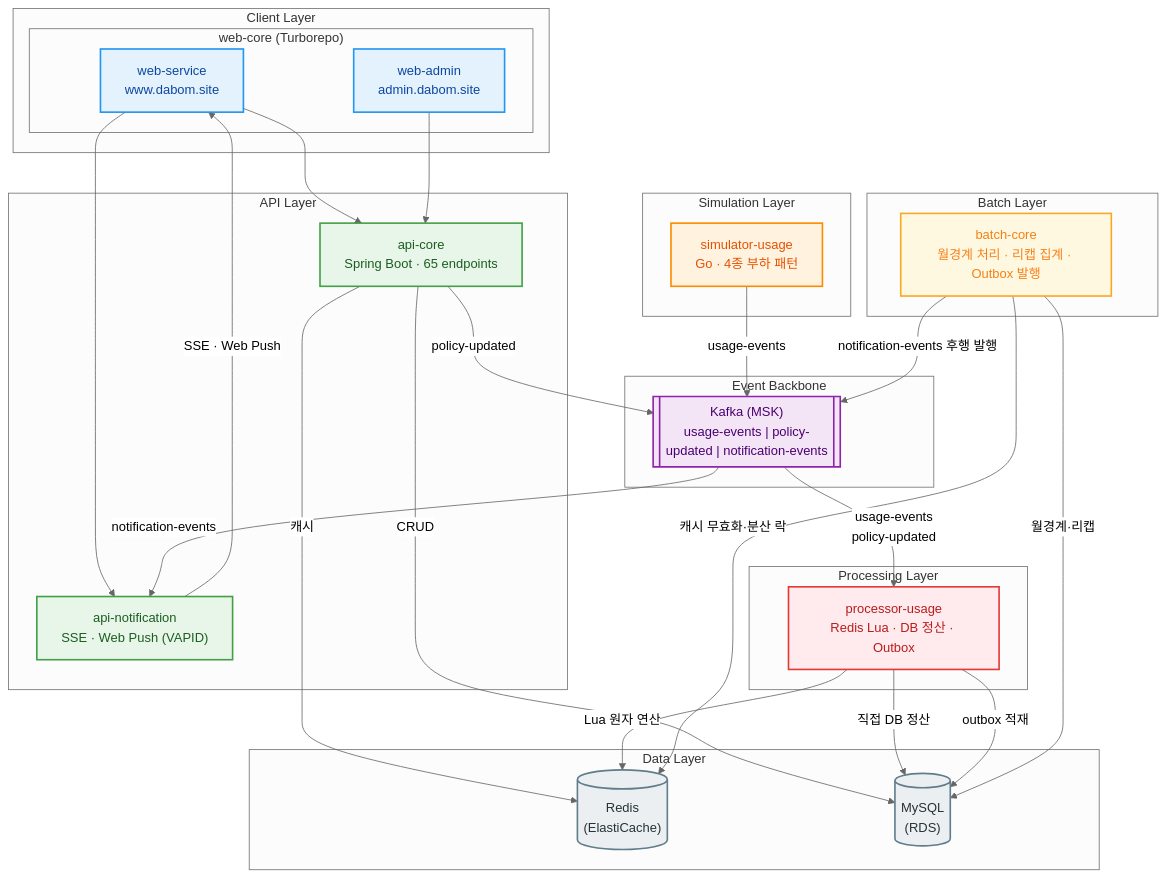
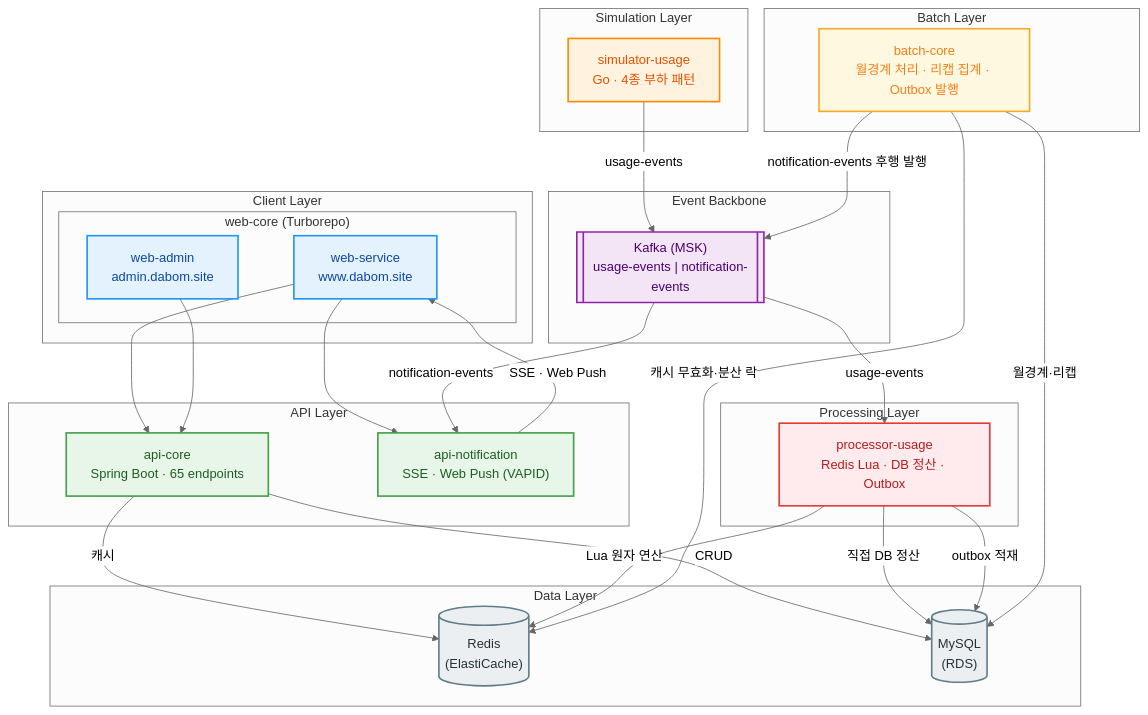
The first of 3 diagrams in profile/README.md (da-bom/.github), drawn with Mermaid (neutral theme) before and after one commit.

Commit message:
hotfix: policy-updated 제거

````diff
--- a/profile/README.md
+++ b/profile/README.md
@@ -82,71 +82,70 @@
 ```mermaid
 flowchart TB
     classDef client fill:#E3F2FD,stroke:#2196F3,stroke-width:2px,color:#0D47A1
     classDef sim fill:#FFF3E0,stroke:#FB8C00,stroke-width:2px,color:#E65100
     classDef api fill:#E8F5E9,stroke:#43A047,stroke-width:2px,color:#1B5E20
     classDef event fill:#F3E5F5,stroke:#8E24AA,stroke-width:2px,color:#4A0072
     classDef proc fill:#FFEBEE,stroke:#E53935,stroke-width:2px,color:#B71C1C
     classDef data fill:#ECEFF1,stroke:#607D8B,stroke-width:2px,color:#263238
     classDef batch fill:#FFF8E1,stroke:#F9A825,stroke-width:2px,color:#F57F17
 
     subgraph CLIENT["Client Layer"]
         subgraph WC["web-core (Turborepo)"]
             WS["web-service<br/>www.dabom.site"]
             WA["web-admin<br/>admin.dabom.site"]
         end
         class WS,WA client
     end
 
     subgraph SIM["Simulation Layer"]
         TG["simulator-usage<br/>Go · 4종 부하 패턴"]
         class TG sim
     end
 
     subgraph API["API Layer"]
         AC["api-core<br/>Spring Boot · 65 endpoints"]
         AN["api-notification<br/>SSE · Web Push (VAPID)"]
         class AC,AN api
     end
 
     subgraph EVENT["Event Backbone"]
-        KF[["Kafka (MSK)<br/>usage-events | policy-updated | notification-events"]]
+        KF[["Kafka (MSK)<br/>usage-events | notification-events"]]
         class KF event
     end
 
     subgraph PROC["Processing Layer"]
         UP["processor-usage<br/>Redis Lua · DB 정산 · Outbox"]
         class UP proc
     end
 
     subgraph BATCH["Batch Layer"]
         BC["batch-core<br/>월경계 처리 · 리캡 집계 · Outbox 발행"]
         class BC batch
     end
 
     subgraph DATA["Data Layer"]
         RD[("Redis<br/>(ElastiCache)")]
         DB[("MySQL<br/>(RDS)")]
         class RD,DB data
     end
 
     TG -->|usage-events| KF
     WS & WA --> AC
     WS --> AN
 
     AC -->|CRUD| DB
     AC -->|캐시| RD
-    AC -->|policy-updated| KF
 
-    KF -->|usage-events<br/>policy-updated| UP
+    KF -->|usage-events| UP
 
     UP -->|Lua 원자 연산| RD
     UP -->|직접 DB 정산| DB
     UP -->|outbox 적재| DB
 
     BC -->|월경계·리캡| DB
     BC -->|캐시 무효화·분산 락| RD
     BC -->|notification-events 후행 발행| KF
 
     KF -->|notification-events| AN
     AN -->|SSE · Web Push| WS
 ```
````
